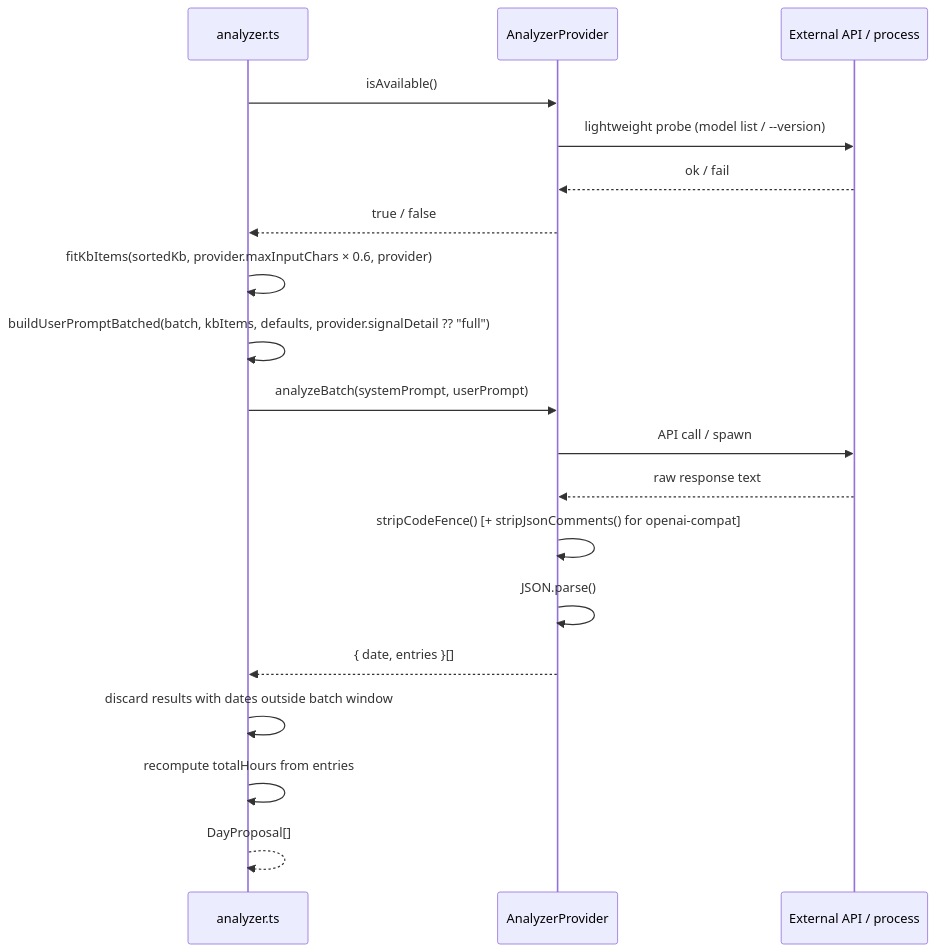
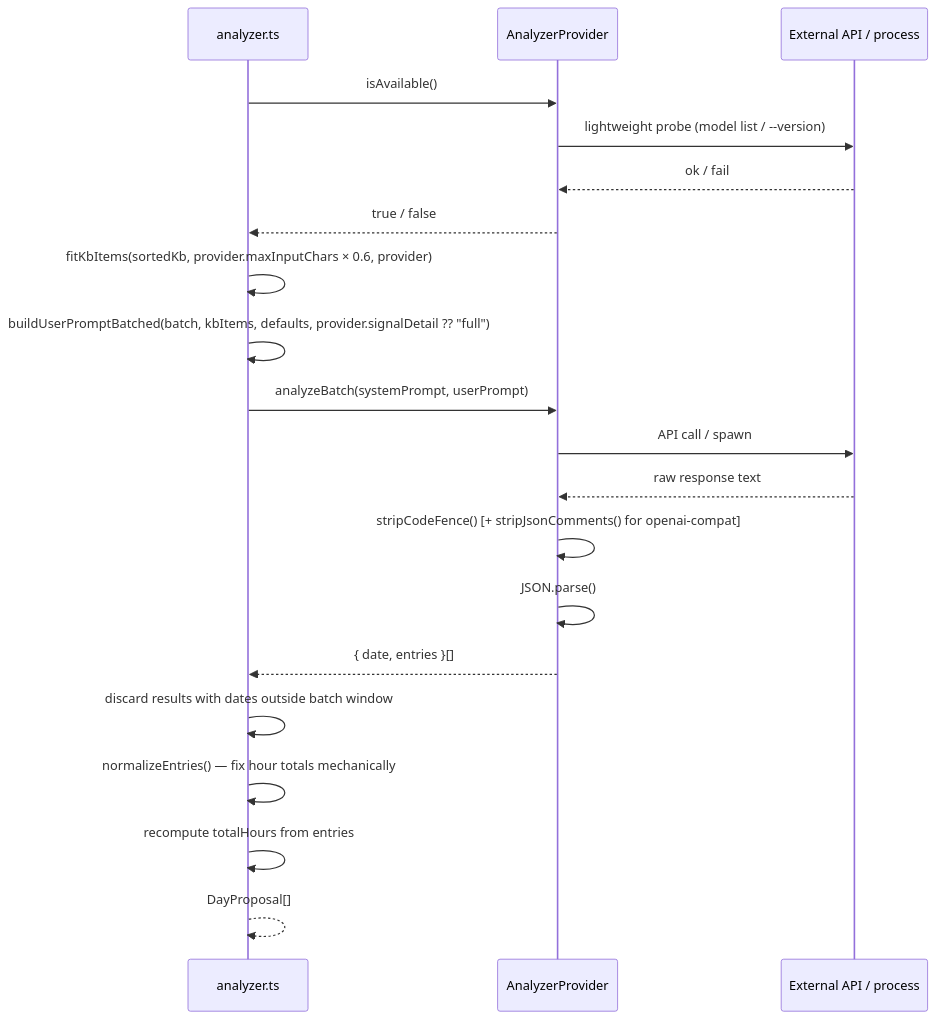
One commit to shinjigi/my_ms_graph_api_collector changed the sixth of 10 diagrams in docs/AI-ANALYSIS.md. Above: the diagram before and after it, drawn with Mermaid. The commit also changed other lines of this file and 74 other files, not shown here.

````diff
--- a/docs/AI-ANALYSIS.md
+++ b/docs/AI-ANALYSIS.md
@@ -339,25 +348,26 @@
 ```mermaid
 sequenceDiagram
     participant ORC as analyzer.ts
     participant P   as AnalyzerProvider
     participant EXT as External API / process
 
     ORC->>P: isAvailable()
     P->>EXT: lightweight probe (model list / --version)
     EXT-->>P: ok / fail
     P-->>ORC: true / false
 
     ORC->>ORC: fitKbItems(sortedKb, provider.maxInputChars × 0.6, provider)
     ORC->>ORC: buildUserPromptBatched(batch, kbItems, defaults, provider.signalDetail ?? "full")
 
     ORC->>P: analyzeBatch(systemPrompt, userPrompt)
     P->>EXT: API call / spawn
     EXT-->>P: raw response text
     P->>P: stripCodeFence() [+ stripJsonComments() for openai-compat]
     P->>P: JSON.parse()
     P-->>ORC: { date, entries }[]
 
     ORC->>ORC: discard results with dates outside batch window
+    ORC->>ORC: normalizeEntries() — fix hour totals mechanically
     ORC->>ORC: recompute totalHours from entries
     ORC-->>ORC: DayProposal[]
 ```
````
